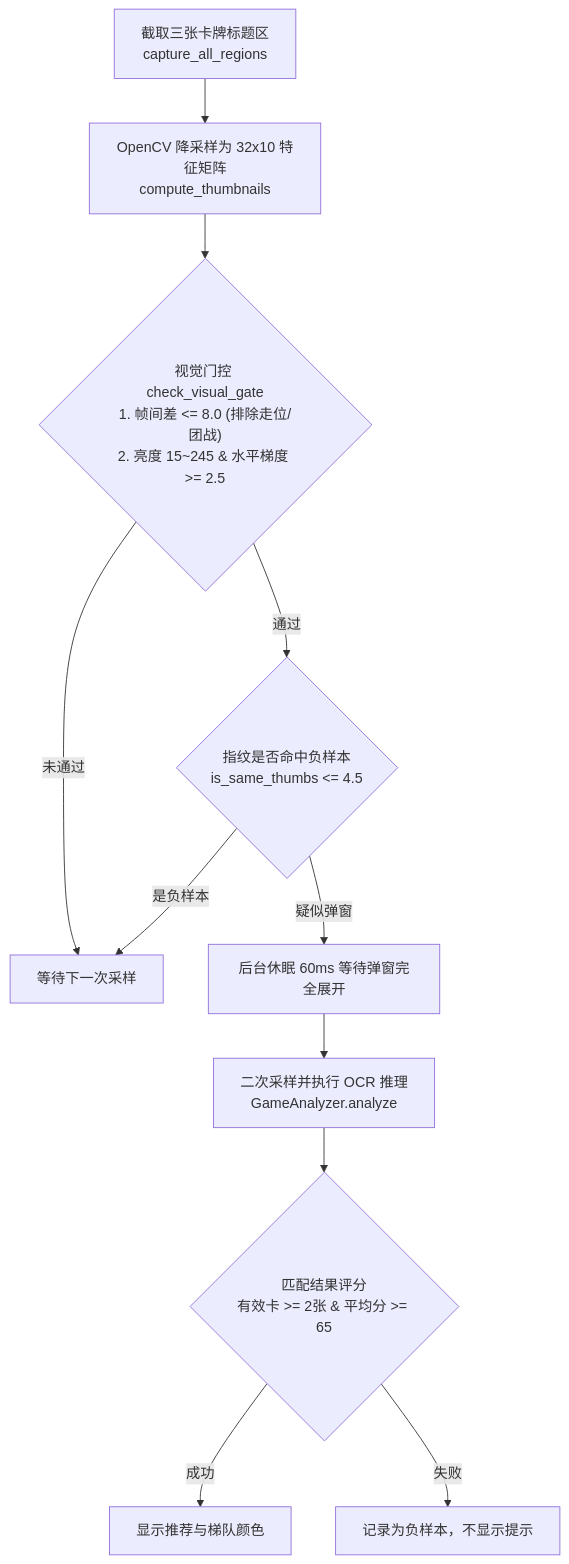
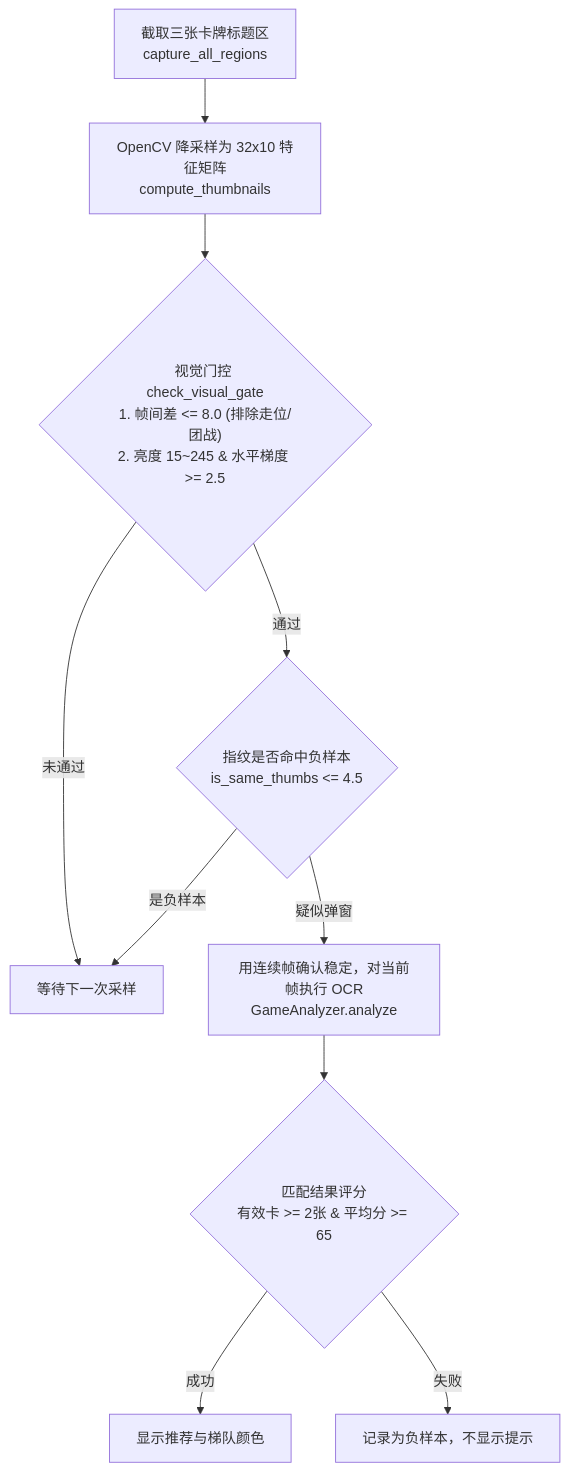
The second of 2 diagrams in AGENTS.md (Nyx0ra/lol-aram-mayhem-hextech-helper), drawn with Mermaid before and after one commit. The commit also changed other lines of this file and 16 other files, not shown here.

````diff
--- a/AGENTS.md
+++ b/AGENTS.md
@@ -84,16 +84,15 @@
 ```mermaid
 flowchart TD
     Start["截取三张卡牌标题区<br/>capture_all_regions"] --> Thumb["OpenCV 降采样为 32x10 特征矩阵<br/>compute_thumbnails"]
     Thumb --> Gate{"视觉门控 check_visual_gate<br/>1. 帧间差 <= 8.0 (排除走位/团战)<br/>2. 亮度 15~245 & 水平梯度 >= 2.5"}
 
     Gate -- 未通过 --> Sleep["等待下一次采样"]
     Gate -- 通过 --> Neg{"指纹是否命中负样本<br/>is_same_thumbs <= 4.5"}
 
     Neg -- 是负样本 --> Sleep
-    Neg -- 疑似弹窗 --> Settle["后台休眠 60ms 等待弹窗完全展开"]
-    Settle --> ConfirmOCR["二次采样并执行 OCR 推理<br/>GameAnalyzer.analyze"]
+    Neg -- 疑似弹窗 --> ConfirmOCR["用连续帧确认稳定，对当前帧执行 OCR<br/>GameAnalyzer.analyze"]
     ConfirmOCR --> Val{"匹配结果评分<br/>有效卡 >= 2张 & 平均分 >= 65"}
 
     Val -- 成功 --> ShowOverlay["显示推荐与梯队颜色"]
     Val -- 失败 --> RecordNeg["记录为负样本，不显示提示"]
 ```
````
